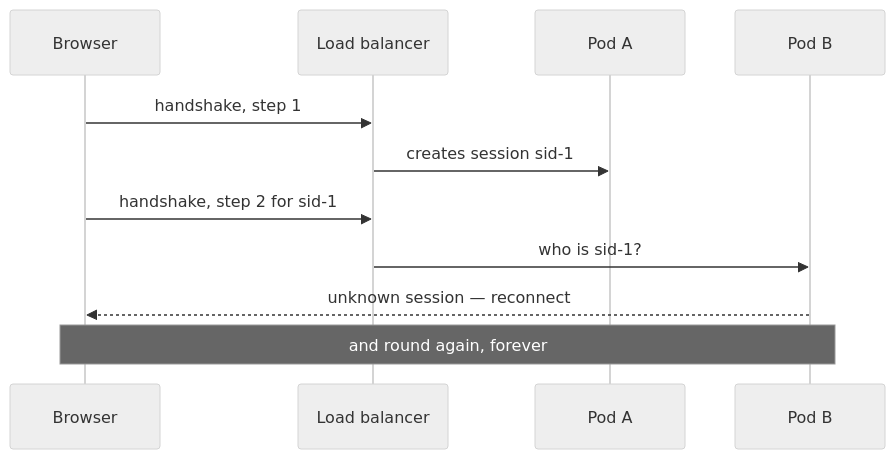
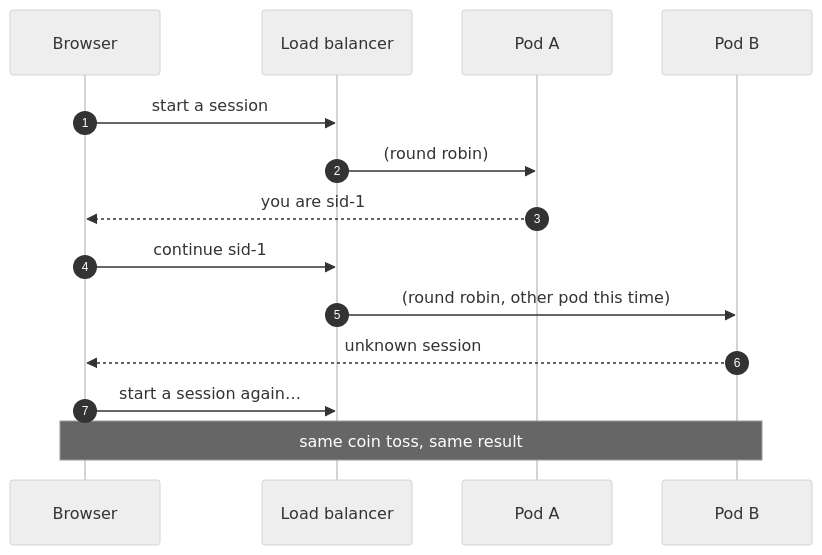
Before and after one commit to selvakumarperumal/Corporate_Filing_Analyzer_Agent: the third of 17 diagrams in docs/TESTING-SCALING.md, drawn with Mermaid (neutral theme). The commit also changed other lines of this file, not shown here.

Commit message:
docs: enrich scaling test breakdowns with detailed sequence flows, SQL examples, and negative test rigs

````diff
--- a/docs/TESTING-SCALING.md
+++ b/docs/TESTING-SCALING.md
@@ -235,13 +312,16 @@
 ```mermaid
 sequenceDiagram
+  autonumber
   participant C as Browser
   participant LB as Load balancer
   participant A as Pod A
   participant B as Pod B
-  C->>LB: handshake, step 1
-  LB->>A: creates session sid-1
-  C->>LB: handshake, step 2 for sid-1
-  LB->>B: who is sid-1?
-  B-->>C: unknown session — reconnect
-  Note over C,B: and round again, forever
+  C->>LB: start a session
+  LB->>A: (round robin)
+  A-->>C: you are sid-1
+  C->>LB: continue sid-1
+  LB->>B: (round robin, other pod this time)
+  B-->>C: unknown session
+  C->>LB: start a session again…
+  Note over C,B: same coin toss, same result
 ```
````
